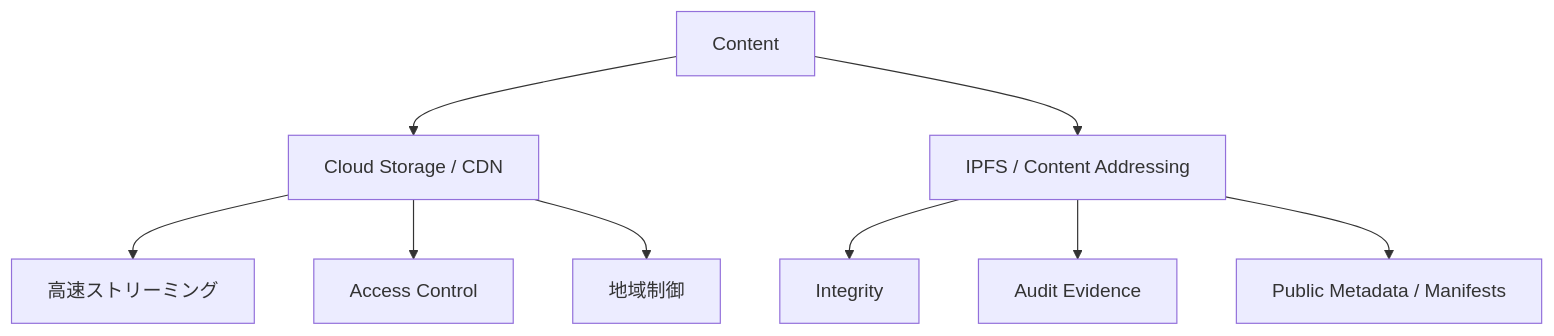
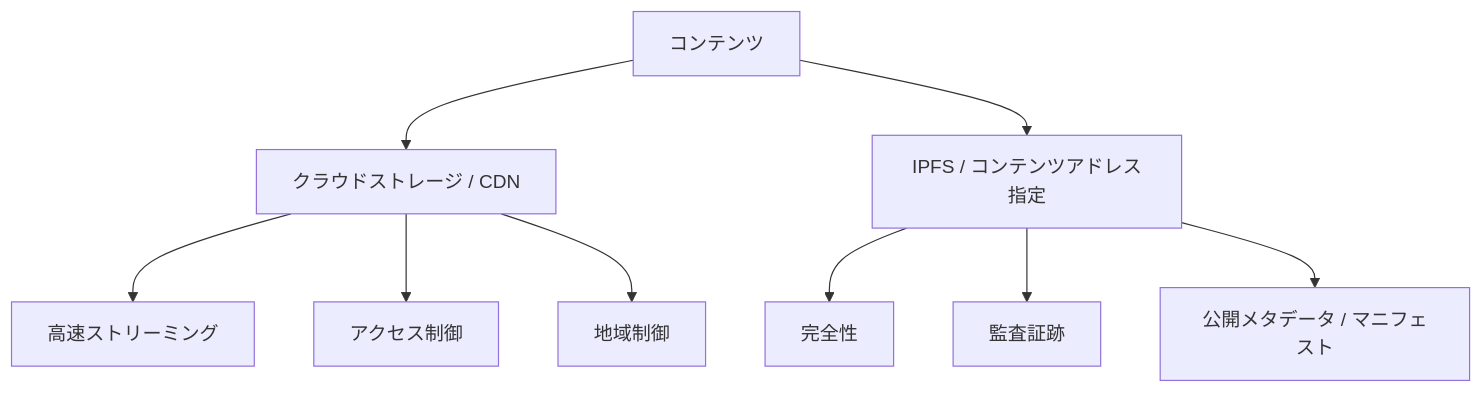
One commit to ShigeichiroYamasaki/creator-first-platform changed the sixth of 27 diagrams in docs/whitepaper/04-platform-architecture.md. Above: the diagram before and after it, drawn with Mermaid. The commit also changed other lines of this file and 72 other files, not shown here.

````diff
--- a/docs/whitepaper/04-platform-architecture.md
+++ b/docs/whitepaper/04-platform-architecture.md
@@ -222,15 +222,15 @@
 ```mermaid
 flowchart TD
-    CONTENT[Content]
+    CONTENT[コンテンツ]
 
-    CONTENT --> CLOUD[Cloud Storage / CDN]
-    CONTENT --> IPFS[IPFS / Content Addressing]
+    CONTENT --> CLOUD[クラウドストレージ / CDN]
+    CONTENT --> IPFS[IPFS / コンテンツアドレス指定]
 
     CLOUD --> STREAM[高速ストリーミング]
-    CLOUD --> DRM[Access Control]
+    CLOUD --> DRM[アクセス制御]
     CLOUD --> REGION[地域制御]
 
-    IPFS --> HASH[Integrity]
-    IPFS --> AUDIT[Audit Evidence]
-    IPFS --> META[Public Metadata / Manifests]
+    IPFS --> HASH[完全性]
+    IPFS --> AUDIT[監査証跡]
+    IPFS --> META[公開メタデータ / マニフェスト]
 ```
````
